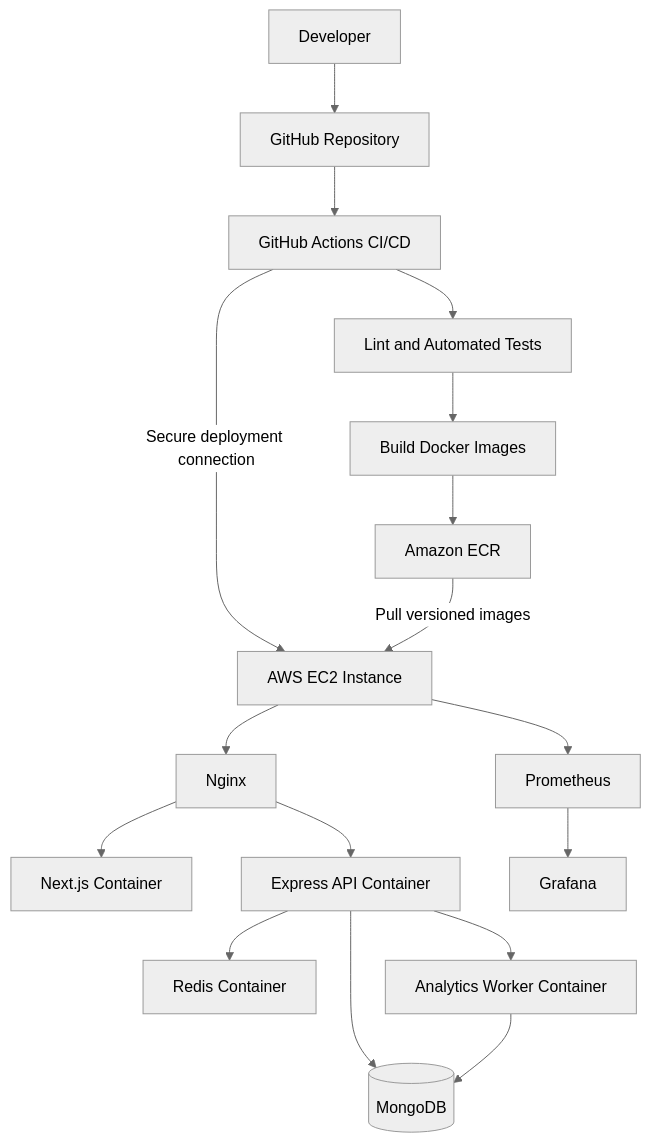
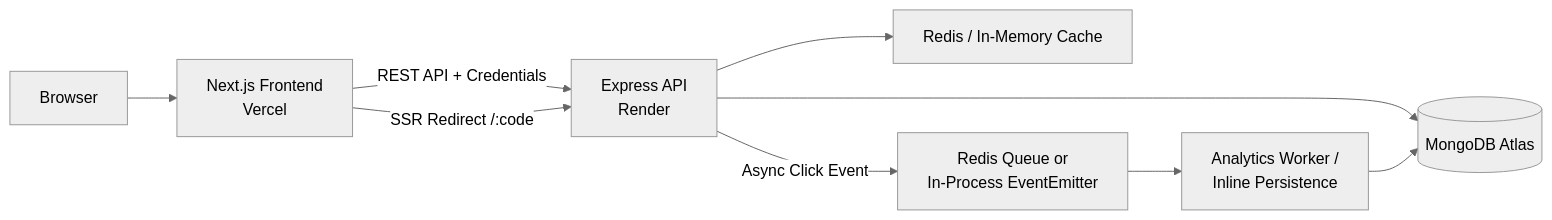
Before and after one commit to sharmaadevansh/URL-SHORTNER: the diagram in README.md, drawn with Mermaid (neutral theme). The commit also changed other lines of this file, not shown here.

Commit message:
docs: rebuild README.md to match current JavaScript stack and deployment

````diff
--- a/README.md
+++ b/README.md
@@ -217,21 +37,13 @@
-``` mermaid
-flowchart TD
-    DEV[Developer] --> GH[GitHub Repository]
-    GH --> GHA[GitHub Actions CI/CD]
-    GHA --> TEST[Lint and Automated Tests]
-    TEST --> BUILD[Build Docker Images]
-    BUILD --> ECR[Amazon ECR]
-    GHA -->|Secure deployment connection| EC2[AWS EC2 Instance]
+```mermaid
+flowchart LR
+    U[Browser] --> WEB[Next.js Frontend\nVercel]
+    WEB -->|REST API + Credentials| API[Express API\nRender]
+    WEB -->|SSR Redirect /:code| API
 
-    ECR -->|Pull versioned images| EC2
-    EC2 --> NG[Nginx]
-    NG --> WEB[Next.js Container]
-    NG --> API[Express API Container]
-    API --> REDIS[Redis Container]
-    API --> DB[(MongoDB)]
+    API --> CACHE[Redis / In-Memory Cache]
+    API --> DB[(MongoDB Atlas)]
 
-    API --> WORKER[Analytics Worker Container]
+    API -->|Async Click Event| QUEUE[Redis Queue or\nIn-Process EventEmitter]
+    QUEUE --> WORKER[Analytics Worker /\nInline Persistence]
     WORKER --> DB
-    EC2 --> PROM[Prometheus]
-    PROM --> GRAF[Grafana]
 ```
````
